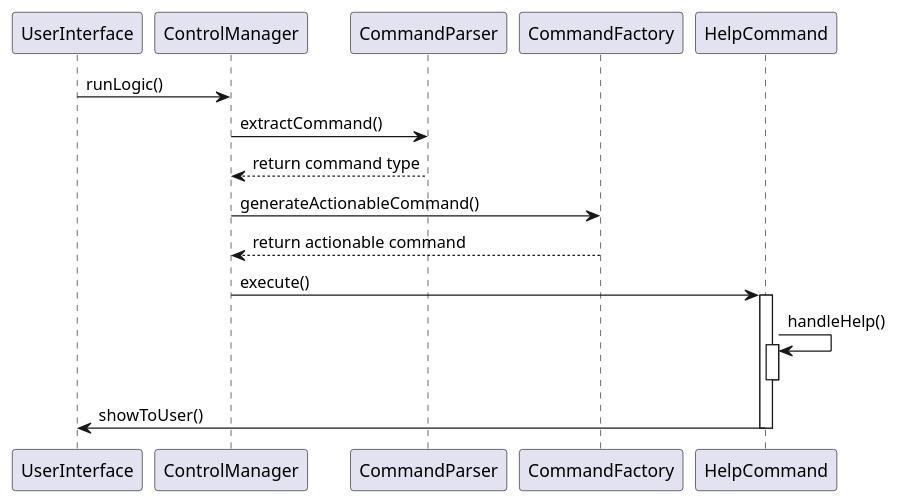
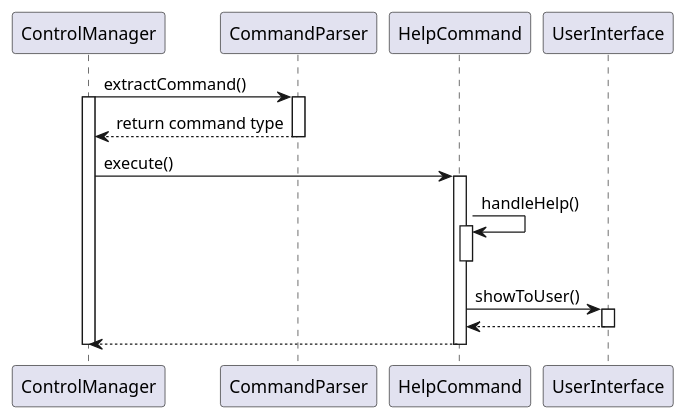
One commit to untitle4/tp changed the diagram in docs/diagram/Help.puml. Above: the diagram before and after it, drawn with PlantUML.

Commit message:
Simplify plantUML Help feature

```diff
--- a/docs/diagram/Help.puml
+++ b/docs/diagram/Help.puml
@@ -1,19 +1,23 @@
 @startuml
-UserInterface -> ControlManager: runLogic()
 ControlManager -> CommandParser: extractCommand()
-
+activate ControlManager
+activate CommandParser
 CommandParser --> ControlManager: return command type
-
-ControlManager -> CommandFactory: generateActionableCommand()
-CommandFactory --> ControlManager: return actionable command
-
+deactivate CommandParser
 
 ControlManager -> HelpCommand: execute()
 activate HelpCommand
 HelpCommand -> HelpCommand: handleHelp()
 activate HelpCommand
 deactivate HelpCommand
+
 HelpCommand -> UserInterface: showToUser()
+activate UserInterface
+UserInterface --> HelpCommand
+deactivate UserInterface
+HelpCommand --> ControlManager
+
+deactivate ControlManager
 deactivate HelpCommand
 
 @enduml
```
